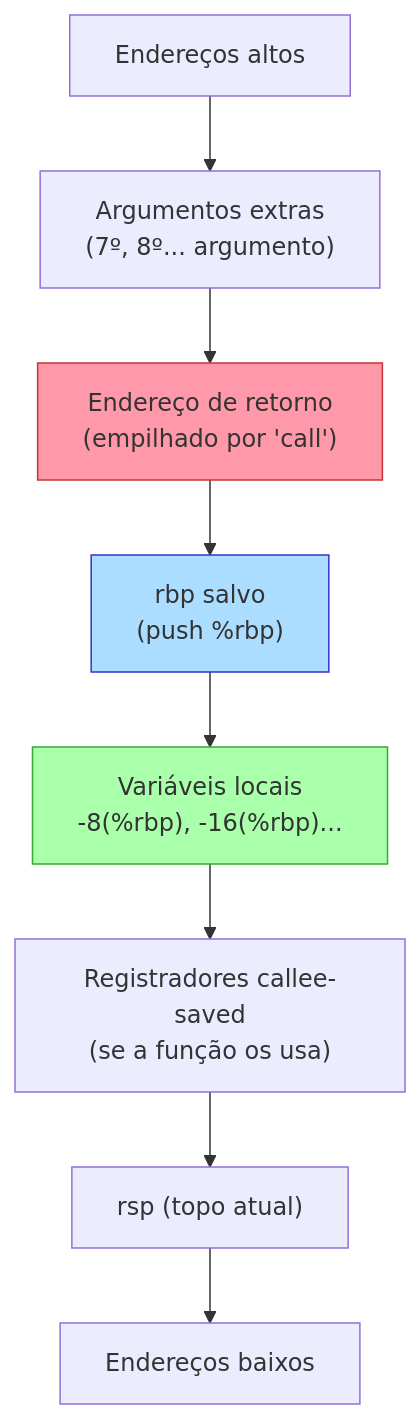
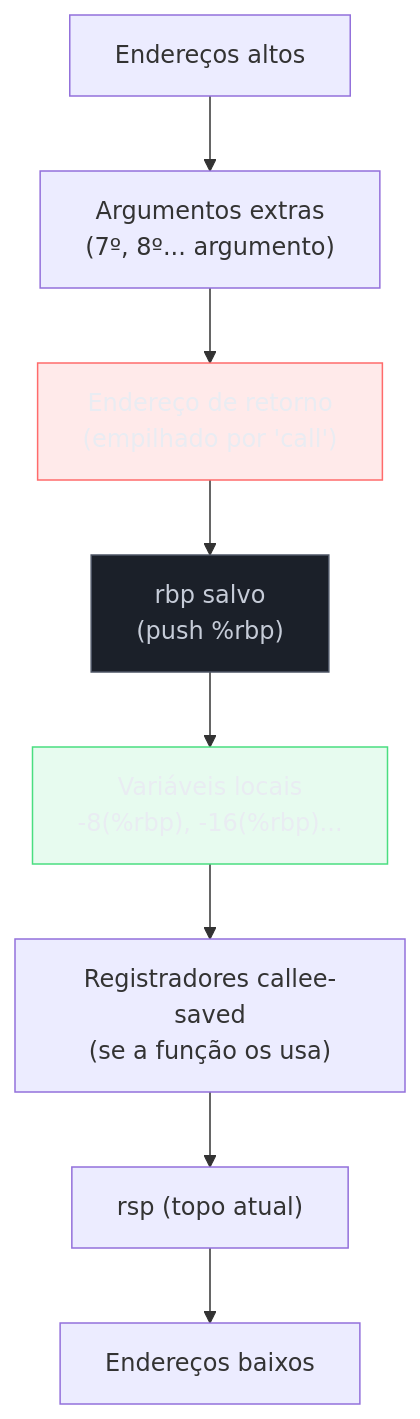
Before and after one commit to josenaldo/codex-technomanticus: the third of 4 diagrams in 03-Dominios/Ciência/Organização de Computadores/09 - Assembly e o modelo de execução.md, drawn with Mermaid. The commit also changed other lines of this file and 1181 other files, not shown here.

First line of the commit message:
fix(diagramas): paleta do sistema no lugar de cor cravada no markdown

````diff
--- a/03-Dominios/Ciência/Organização de Computadores/09 - Assembly e o modelo de execução.md
+++ b/03-Dominios/Ciência/Organização de Computadores/09 - Assembly e o modelo de execução.md
@@ -210,15 +210,18 @@
 ```mermaid
 graph TD
+    classDef falha fill:#FF6B6B24,stroke:#FF6B6B,color:#E9ECF2
+    classDef neutro fill:#1B2029,stroke:#4E5666,color:#C6CCD8
+    classDef ok fill:#4ADE8021,stroke:#4ADE80,color:#E9ECF2
     A["Endereços altos"] --> B
     B["Argumentos extras\n(7º, 8º... argumento)"]
     B --> C["Endereço de retorno\n(empilhado por 'call')"]
     C --> D["rbp salvo\n(push %rbp)"]
     D --> E["Variáveis locais\n-8(%rbp), -16(%rbp)..."]
     E --> F["Registradores callee-saved\n(se a função os usa)"]
     F --> G["rsp (topo atual)"]
     G --> H["Endereços baixos"]
 
-    style C fill:#f9a,stroke:#c33
-    style D fill:#adf,stroke:#33c
-    style E fill:#afa,stroke:#3a3
+    class C falha
+    class D neutro
+    class E ok
 ```
````
